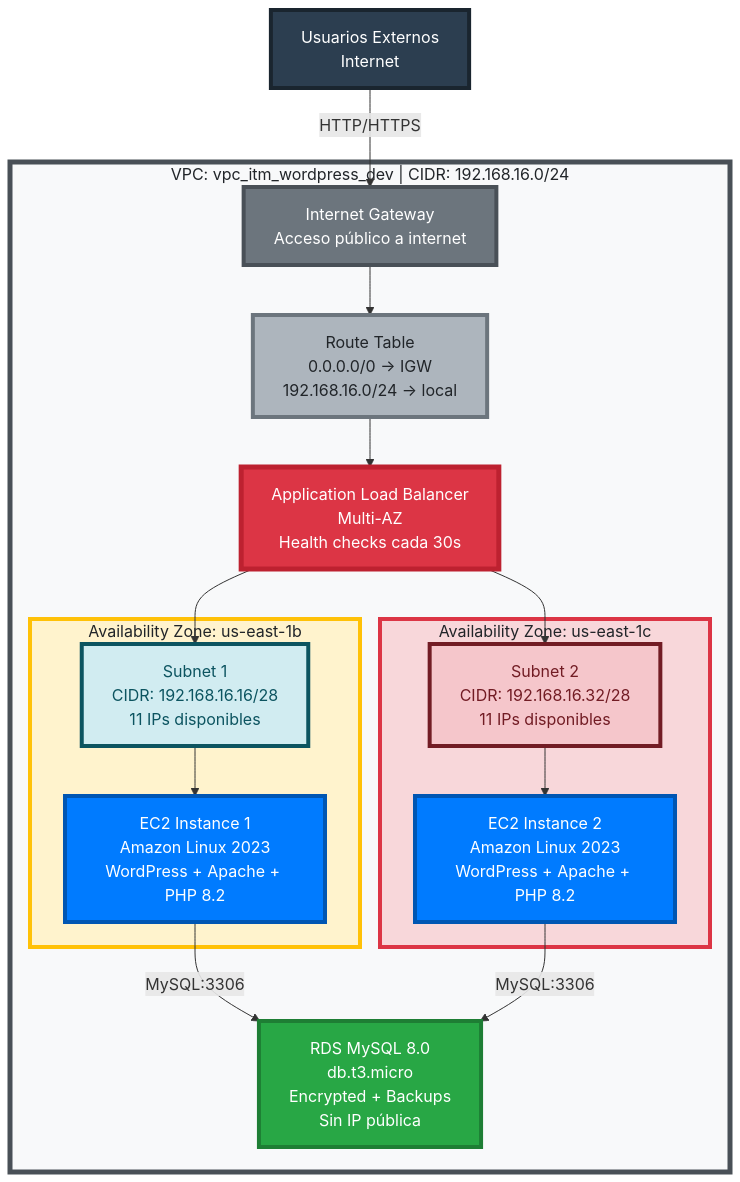
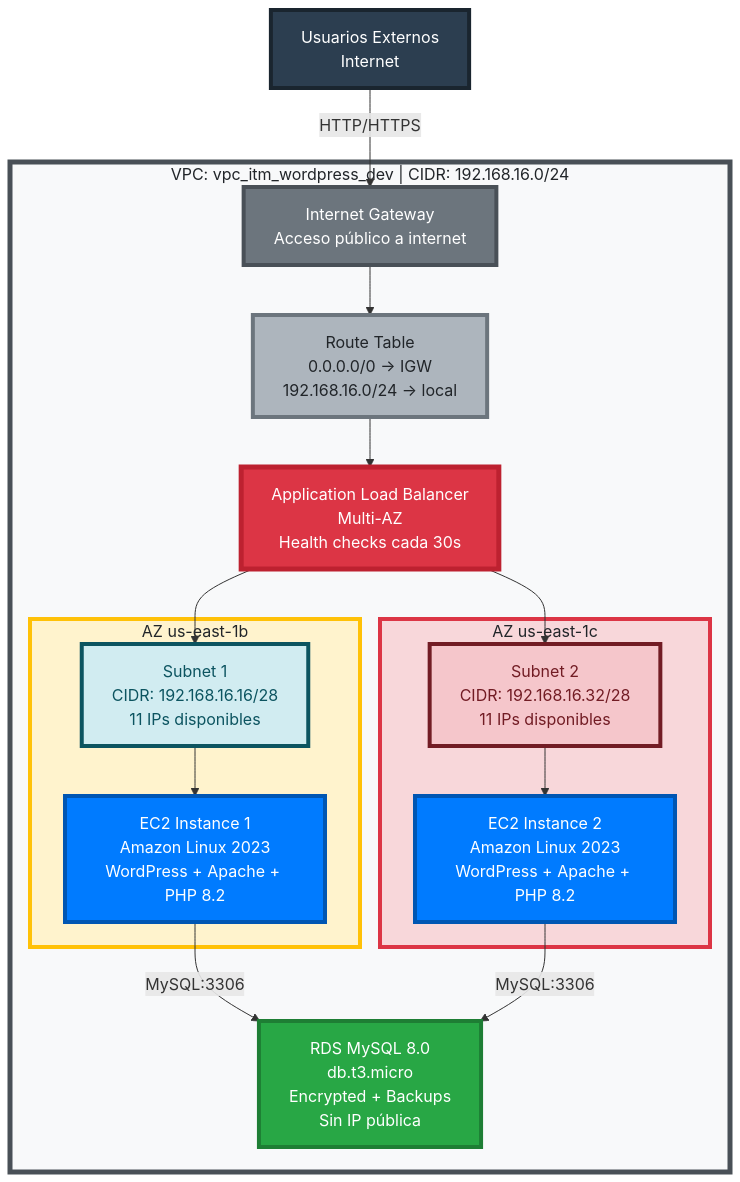
The diagram in README.md (gjoiver/terraform-project), drawn with Mermaid before and after one commit.

Commit message:
update AZ names

````diff
--- a/README.md
+++ b/README.md
@@ -15,51 +15,51 @@
 ```mermaid
 graph TB
     Users["Usuarios Externos<br/>Internet"]
 
     subgraph VPC["VPC: vpc_itm_wordpress_dev | CIDR: 192.168.16.0/24"]
         IGW["Internet Gateway<br/>Acceso público a internet"]
 
         RT["Route Table<br/>0.0.0.0/0 → IGW<br/>192.168.16.0/24 → local"]
 
         ALB["Application Load Balancer<br/>Multi-AZ<br/>Health checks cada 30s"]
 
-        subgraph AZ1["Availability Zone: us-east-1b"]
+        subgraph AZ1["AZ us-east-1b"]
             Subnet1["Subnet 1<br/>CIDR: 192.168.16.16/28<br/>11 IPs disponibles"]
             EC2_1["EC2 Instance 1<br/>Amazon Linux 2023<br/>WordPress + Apache + PHP 8.2"]
         end
 
-        subgraph AZ2["Availability Zone: us-east-1c"]
+        subgraph AZ2["AZ us-east-1c"]
             Subnet2["Subnet 2<br/>CIDR: 192.168.16.32/28<br/>11 IPs disponibles"]
             EC2_2["EC2 Instance 2<br/>Amazon Linux 2023<br/>WordPress + Apache + PHP 8.2"]
         end
 
         RDS["RDS MySQL 8.0<br/>db.t3.micro<br/>Encrypted + Backups<br/>Sin IP pública"]
     end
 
     Users -->|HTTP/HTTPS| IGW
     IGW --> RT
     RT --> ALB
     ALB --> Subnet1
     ALB --> Subnet2
     Subnet1 --> EC2_1
     Subnet2 --> EC2_2
     EC2_1 -->|MySQL:3306| RDS
     EC2_2 -->|MySQL:3306| RDS
 
     style Users fill:#2C3E50,stroke:#1A252F,stroke-width:4px,color:#FFFFFF
 
     style VPC fill:#F8F9FA,stroke:#495057,stroke-width:5px,color:#212529
     style IGW fill:#6C757D,stroke:#495057,stroke-width:4px,color:#FFFFFF
     style RT fill:#ADB5BD,stroke:#6C757D,stroke-width:4px,color:#212529
     style ALB fill:#DC3545,stroke:#BD2130,stroke-width:5px,color:#FFFFFF
 
     style AZ1 fill:#FFF3CD,stroke:#FFC107,stroke-width:4px,color:#212529
     style AZ2 fill:#F8D7DA,stroke:#DC3545,stroke-width:4px,color:#212529
 
     style Subnet1 fill:#D1ECF1,stroke:#0C5460,stroke-width:4px,color:#0C5460
     style Subnet2 fill:#F5C6CB,stroke:#721C24,stroke-width:4px,color:#721C24
 
     style EC2_1 fill:#007BFF,stroke:#0056B3,stroke-width:4px,color:#FFFFFF
     style EC2_2 fill:#007BFF,stroke:#0056B3,stroke-width:4px,color:#FFFFFF
     style RDS fill:#28A745,stroke:#1E7E34,stroke-width:4px,color:#FFFFFF
 ```
````
